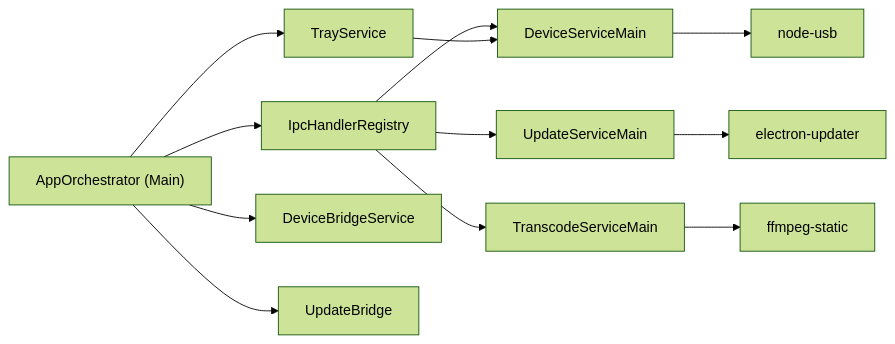
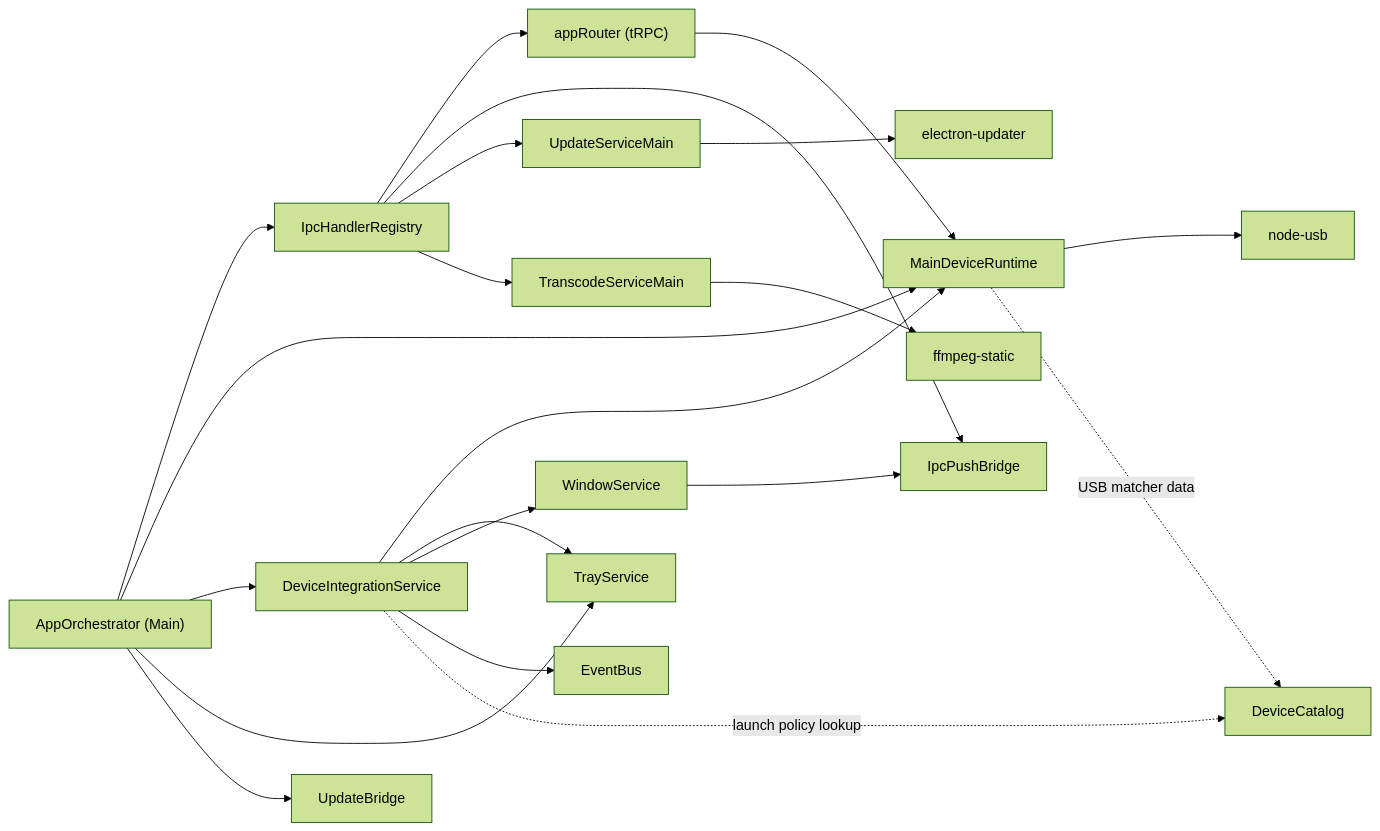
Before and after one commit to josstei/prismgb-app: the fifth of 6 diagrams in docs/architecture-diagrams-onboarding.md, drawn with Mermaid (forest theme). The commit also changed other lines of this file and 151 other files, not shown here.

````diff
--- a/docs/architecture-diagrams-onboarding.md
+++ b/docs/architecture-diagrams-onboarding.md
@@ -83,27 +86,41 @@
 ```mermaid
 flowchart LR
   AppOrchestrator["AppOrchestrator (Main)"]
   IpcHandlerRegistry[IpcHandlerRegistry]
+  AppRouter["appRouter (tRPC)"]
+  IpcPushBridge[IpcPushBridge]
+  WindowService[WindowService]
   TrayService[TrayService]
-  DeviceBridge[DeviceBridgeService]
+  EventBus[EventBus]
+  DeviceIntegrationService[DeviceIntegrationService]
+  MainDeviceRuntime[MainDeviceRuntime]
   UpdateBridge[UpdateBridge]
-  DeviceServiceMain[DeviceServiceMain]
   UpdateServiceMain[UpdateServiceMain]
   TranscodeServiceMain[TranscodeServiceMain]
   UsbMonitor[node-usb]
+  DeviceCatalog[DeviceCatalog]
   AutoUpdater[electron-updater]
   FFmpeg[ffmpeg-static]
 
   AppOrchestrator --> IpcHandlerRegistry
+  AppOrchestrator --> MainDeviceRuntime
+  AppOrchestrator --> DeviceIntegrationService
   AppOrchestrator --> TrayService
-  AppOrchestrator --> DeviceBridge
   AppOrchestrator --> UpdateBridge
 
-  IpcHandlerRegistry --> DeviceServiceMain
+  IpcHandlerRegistry --> AppRouter
+  IpcHandlerRegistry --> IpcPushBridge
+  AppRouter --> MainDeviceRuntime
   IpcHandlerRegistry --> UpdateServiceMain
   IpcHandlerRegistry --> TranscodeServiceMain
-  TrayService --> DeviceServiceMain
-  DeviceServiceMain --> UsbMonitor
+  DeviceIntegrationService --> MainDeviceRuntime
+  DeviceIntegrationService --> TrayService
+  DeviceIntegrationService --> WindowService
+  DeviceIntegrationService --> EventBus
+  DeviceIntegrationService -. "launch policy lookup" .-> DeviceCatalog
+  WindowService --> IpcPushBridge
+  MainDeviceRuntime --> UsbMonitor
+  MainDeviceRuntime -. "USB matcher data" .-> DeviceCatalog
   UpdateServiceMain --> AutoUpdater
   TranscodeServiceMain --> FFmpeg
 ```
````
